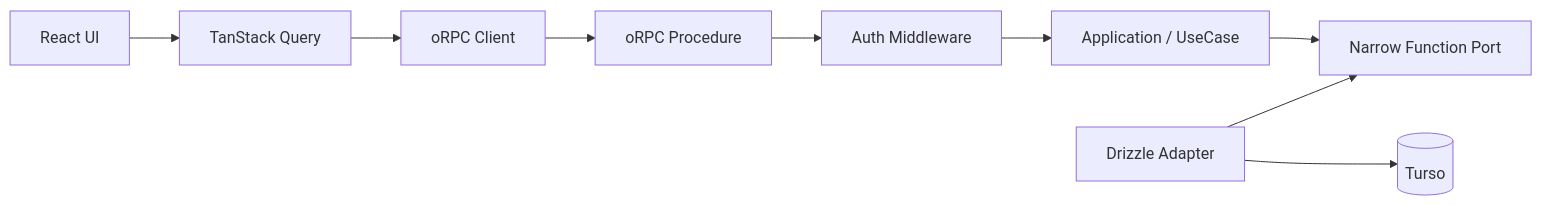
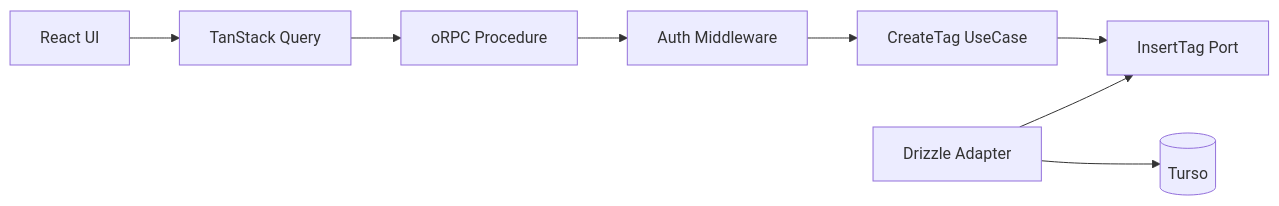
The diagram in docs/superpowers/specs/2026-08-22-application-architecture-evolution-design.md (koralle/pantry), drawn with Mermaid before and after one commit. The commit also changed other lines of this file, not shown here.

Commit message:
docs: narrow architecture RFC to CreateTag pilot

````diff
--- a/docs/superpowers/specs/2026-08-22-application-architecture-evolution-design.md
+++ b/docs/superpowers/specs/2026-08-22-application-architecture-evolution-design.md
@@ -282,21 +51,15 @@
 ```mermaid
 flowchart LR
   UI[React UI]
   TQ[TanStack Query]
-  CLIENT[oRPC Client]
   RPC[oRPC Procedure]
   AUTH[Auth Middleware]
-  UC[Application / UseCase]
-  PORT[Narrow Function Port]
-  INFRA[Drizzle Adapter]
+  UC[CreateTag UseCase]
+  PORT[InsertTag Port]
+  ADAPTER[Drizzle Adapter]
   DB[(Turso)]
 
-  UI --> TQ
-  TQ --> CLIENT
-  CLIENT --> RPC
-  RPC --> AUTH
-  AUTH --> UC
-  UC --> PORT
-  INFRA --> PORT
-  INFRA --> DB
+  UI --> TQ --> RPC --> AUTH --> UC --> PORT
+  ADAPTER --> PORT
+  ADAPTER --> DB
 ```
````
